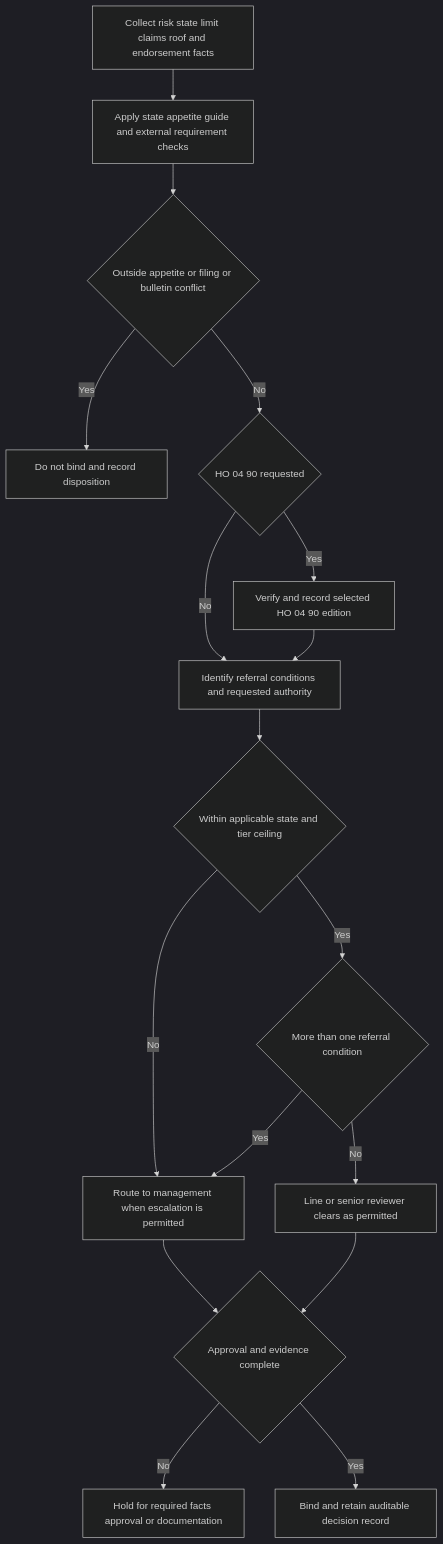
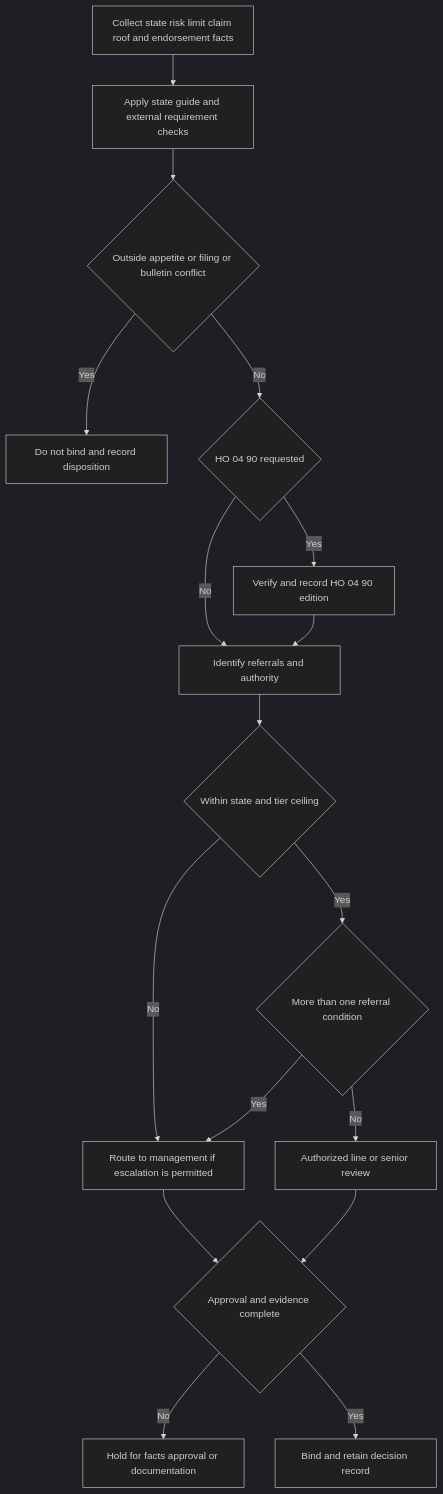
Before and after one commit to eugeneliu-86/openwiki-insurance-corpus: the diagram in openwiki/underwriting/referral-and-binding-authority.md, drawn with Mermaid (dark theme). The commit also changed other lines of this file and 29 other files, not shown here.

````diff
--- a/openwiki/underwriting/referral-and-binding-authority.md
+++ b/openwiki/underwriting/referral-and-binding-authority.md
@@ -54,19 +51,19 @@
 ```mermaid
 flowchart TD
-    Intake["Collect risk state limit claims roof and endorsement facts"] --> StateGuide["Apply state appetite guide and external requirement checks"]
-    StateGuide --> HardStop{"Outside appetite or filing or bulletin conflict"}
-    HardStop -- Yes --> NoBind["Do not bind and record disposition"]
-    HardStop -- No --> WaterRequest{"HO 04 90 requested"}
-    WaterRequest -- No --> Triggers["Identify referral conditions and requested authority"]
-    WaterRequest -- Yes --> Edition["Verify and record selected HO 04 90 edition"]
-    Edition --> Triggers
-    Triggers --> Limit{"Within applicable state and tier ceiling"}
-    Limit -- No --> Management["Route to management when escalation is permitted"]
-    Limit -- Yes --> Count{"More than one referral condition"}
+    Intake["Collect state risk limit claim roof and endorsement facts"] --> Guide["Apply state guide and external requirement checks"]
+    Guide --> Stop{"Outside appetite or filing or bulletin conflict"}
+    Stop -- Yes --> Decline["Do not bind and record disposition"]
+    Stop -- No --> Requested{"HO 04 90 requested"}
+    Requested -- Yes --> Edition["Verify and record HO 04 90 edition"]
+    Requested -- No --> Trigger["Identify referrals and authority"]
+    Edition --> Trigger
+    Trigger --> Ceiling{"Within state and tier ceiling"}
+    Ceiling -- No --> Management["Route to management if escalation is permitted"]
+    Ceiling -- Yes --> Count{"More than one referral condition"}
     Count -- Yes --> Management
-    Count -- No --> Authority["Line or senior reviewer clears as permitted"]
+    Count -- No --> Review["Authorized line or senior review"]
     Management --> Complete{"Approval and evidence complete"}
-    Authority --> Complete
-    Complete -- No --> Hold["Hold for required facts approval or documentation"]
-    Complete -- Yes --> Bind["Bind and retain auditable decision record"]
+    Review --> Complete
+    Complete -- No --> Hold["Hold for facts approval or documentation"]
+    Complete -- Yes --> Bind["Bind and retain decision record"]
 ```
````
